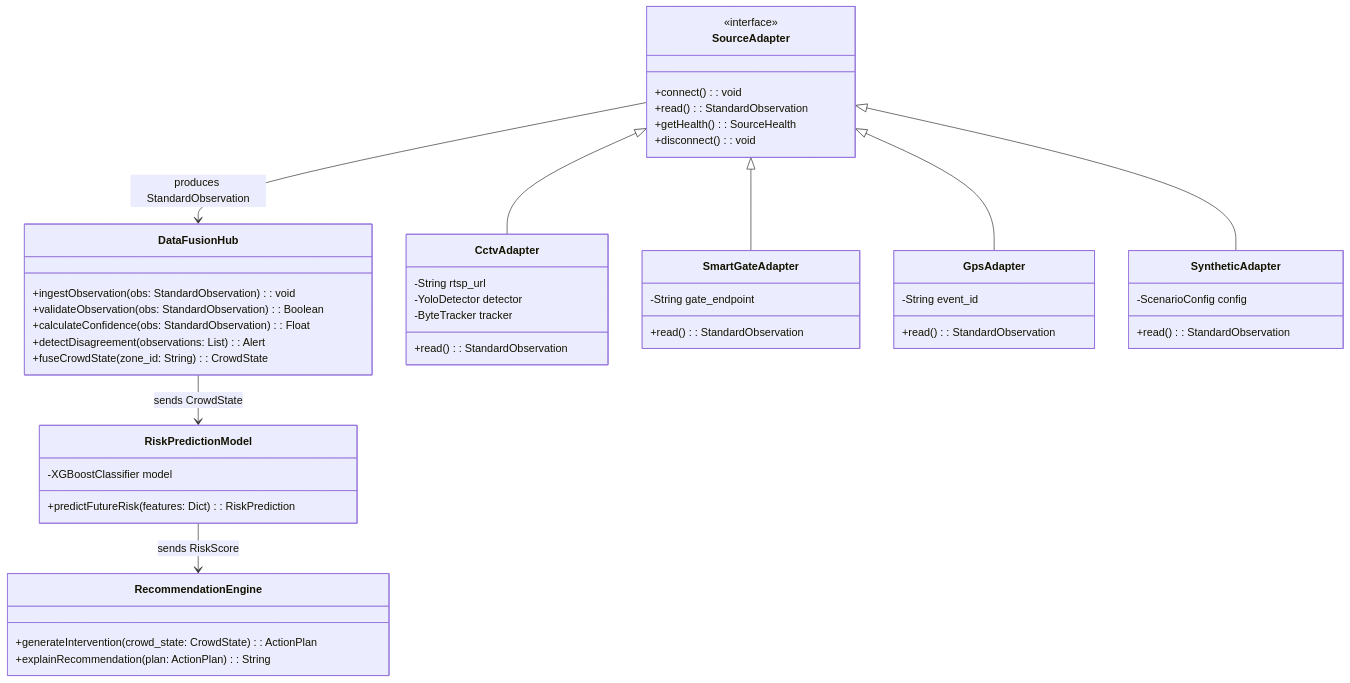
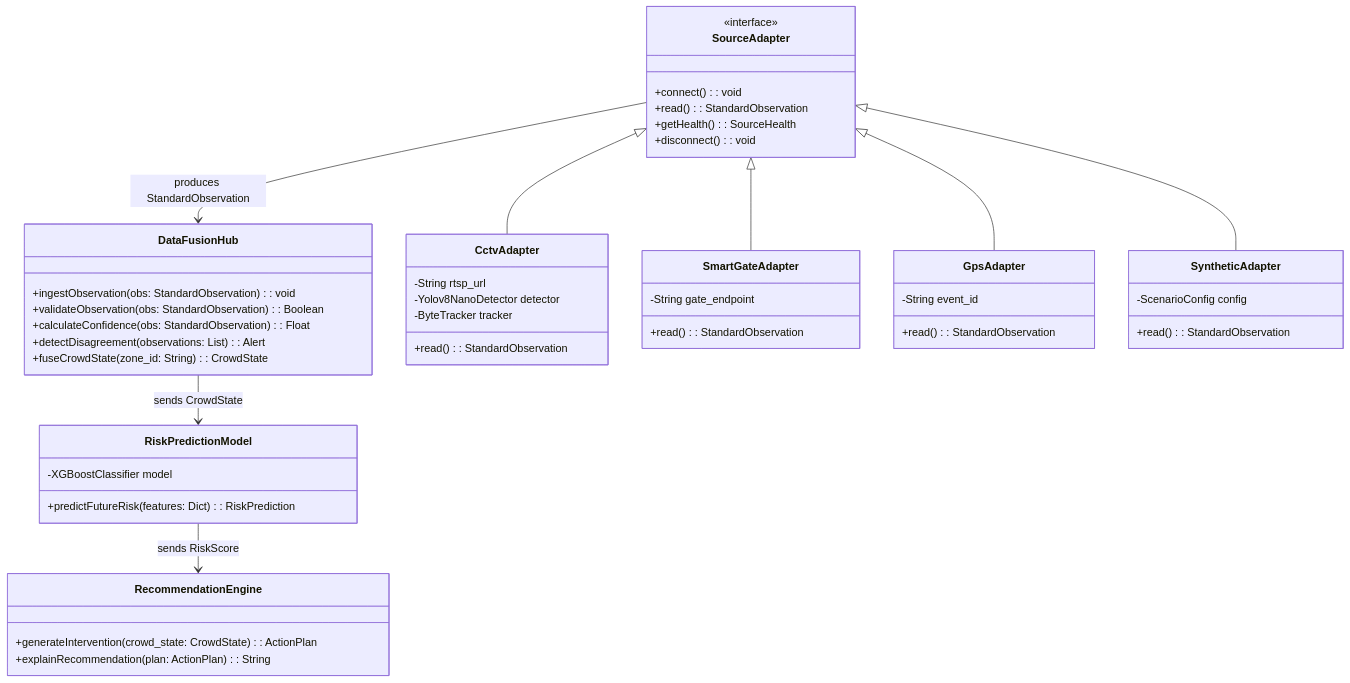
The first of 3 diagrams in docs/04_LLD.md (algorithnicmind/crowdcatchup), drawn with Mermaid before and after one commit. The commit also changed other lines of this file and 39 other files, not shown here.

````diff
--- a/docs/04_LLD.md
+++ b/docs/04_LLD.md
@@ -13,58 +13,58 @@
 ```mermaid
 classDiagram
     class DataFusionHub {
         +ingestObservation(obs: StandardObservation): void
         +validateObservation(obs: StandardObservation): Boolean
         +calculateConfidence(obs: StandardObservation): Float
         +detectDisagreement(observations: List): Alert
         +fuseCrowdState(zone_id: String): CrowdState
     }
 
     class SourceAdapter {
         <<interface>>
         +connect(): void
         +read(): StandardObservation
         +getHealth(): SourceHealth
         +disconnect(): void
     }
 
     class CctvAdapter {
         -String rtsp_url
-        -YoloDetector detector
+        -Yolov8NanoDetector detector
         -ByteTracker tracker
         +read(): StandardObservation
     }
 
     class SmartGateAdapter {
         -String gate_endpoint
         +read(): StandardObservation
     }
 
     class GpsAdapter {
         -String event_id
         +read(): StandardObservation
     }
 
     class SyntheticAdapter {
         -ScenarioConfig config
         +read(): StandardObservation
     }
 
     class RiskPredictionModel {
         -XGBoostClassifier model
         +predictFutureRisk(features: Dict): RiskPrediction
     }
 
     class RecommendationEngine {
         +generateIntervention(crowd_state: CrowdState): ActionPlan
         +explainRecommendation(plan: ActionPlan): String
     }
 
     SourceAdapter <|-- CctvAdapter
     SourceAdapter <|-- SmartGateAdapter
     SourceAdapter <|-- GpsAdapter
     SourceAdapter <|-- SyntheticAdapter
     SourceAdapter --> DataFusionHub : produces StandardObservation
     DataFusionHub --> RiskPredictionModel : sends CrowdState
     RiskPredictionModel --> RecommendationEngine : sends RiskScore
 ```
````
